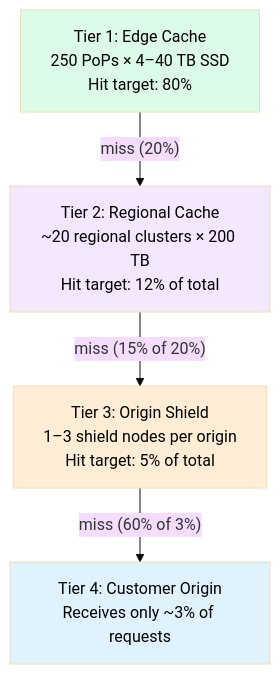
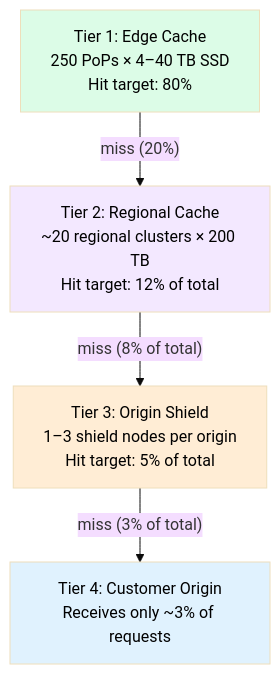
Before and after one commit to Ankan1998/learn-system-design: the fourth of 6 diagrams in Bonus-Real-World-Architectures/33-Content-Delivery-Network/README.md, drawn with Mermaid (base theme). The commit also changed other lines of this file and 139 other files, not shown here.

````diff
--- a/Bonus-Real-World-Architectures/33-Content-Delivery-Network/README.md
+++ b/Bonus-Real-World-Architectures/33-Content-Delivery-Network/README.md
@@ -312,16 +318,16 @@
 ```mermaid
 flowchart TD
     EDGE["Tier 1: Edge Cache<br/>250 PoPs × 4–40 TB SSD<br/>Hit target: 80%"]
     REGIONAL["Tier 2: Regional Cache<br/>~20 regional clusters × 200 TB<br/>Hit target: 12% of total"]
     SHIELD["Tier 3: Origin Shield<br/>1–3 shield nodes per origin<br/>Hit target: 5% of total"]
     ORIGIN["Tier 4: Customer Origin<br/>Receives only ~3% of requests"]
 
     EDGE -->|"miss (20%)"| REGIONAL
-    REGIONAL -->|"miss (15% of 20%)"| SHIELD
-    SHIELD -->|"miss (60% of 3%)"| ORIGIN
+    REGIONAL -->|"miss (8% of total)"| SHIELD
+    SHIELD -->|"miss (3% of total)"| ORIGIN
 
     style EDGE fill:#dcfce7,color:#000
     style REGIONAL fill:#f3e8ff,color:#000
     style SHIELD fill:#ffedd5,color:#000
     style ORIGIN fill:#e0f2fe,color:#000
 ```
````
